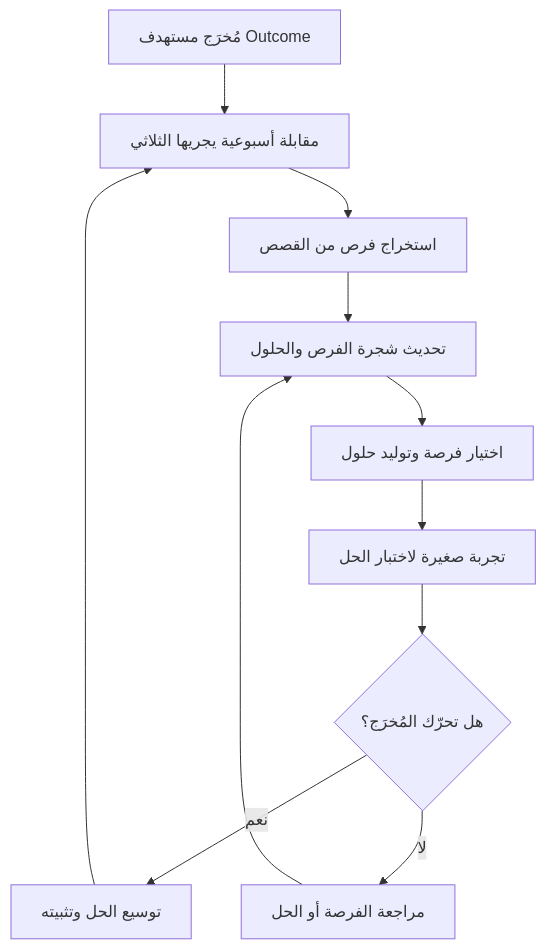
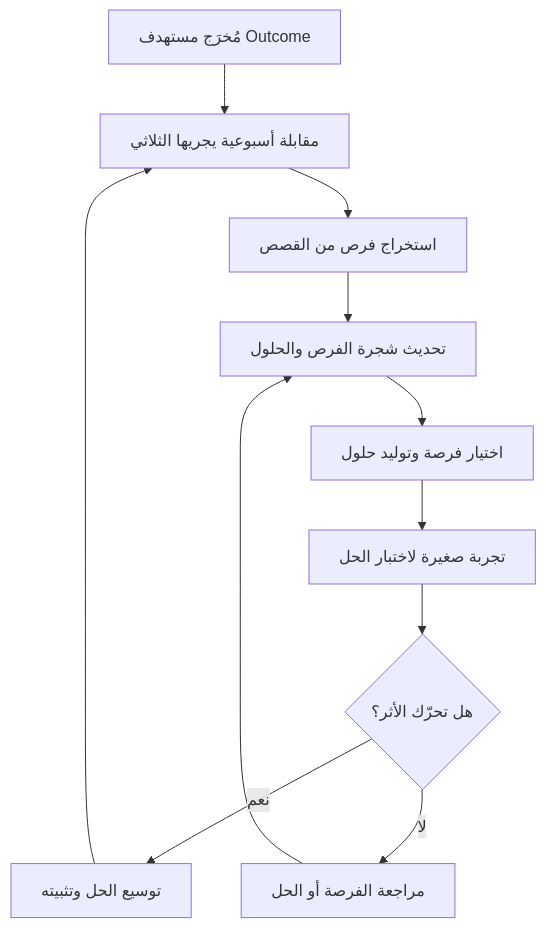
One commit to MohammedFattay/Project_Management_Notes changed the diagram in content/معجم المصطلحات/Continuous Discovery.md. Above: the diagram before and after it, drawn with Mermaid. The commit also changed other lines of this file and 47 other files, not shown here.

````diff
--- a/content/معجم المصطلحات/Continuous Discovery.md
+++ b/content/معجم المصطلحات/Continuous Discovery.md
@@ -81,13 +81,13 @@
 ```mermaid
 flowchart TD
     A["مُخرَج مستهدف Outcome"] --> B["مقابلة أسبوعية يجريها الثلاثي"]
     B --> C["استخراج فرص من القصص"]
     C --> D["تحديث شجرة الفرص والحلول"]
     D --> E["اختيار فرصة وتوليد حلول"]
     E --> F["تجربة صغيرة لاختبار الحل"]
-    F --> G{"هل تحرّك المُخرَج؟"}
+    F --> G{"هل تحرّك الأثر؟"}
     G -->|نعم| H["توسيع الحل وتثبيته"]
     G -->|لا| I["مراجعة الفرصة أو الحل"]
     I --> D
     H --> B
 ```
````
